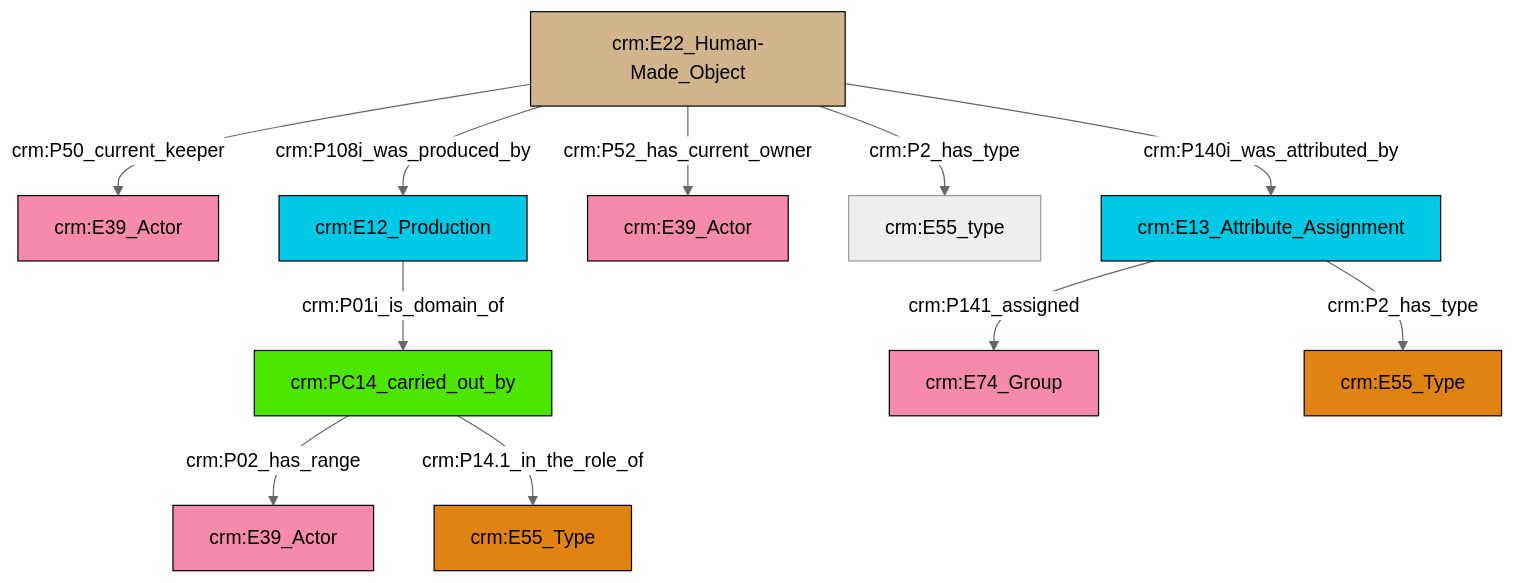
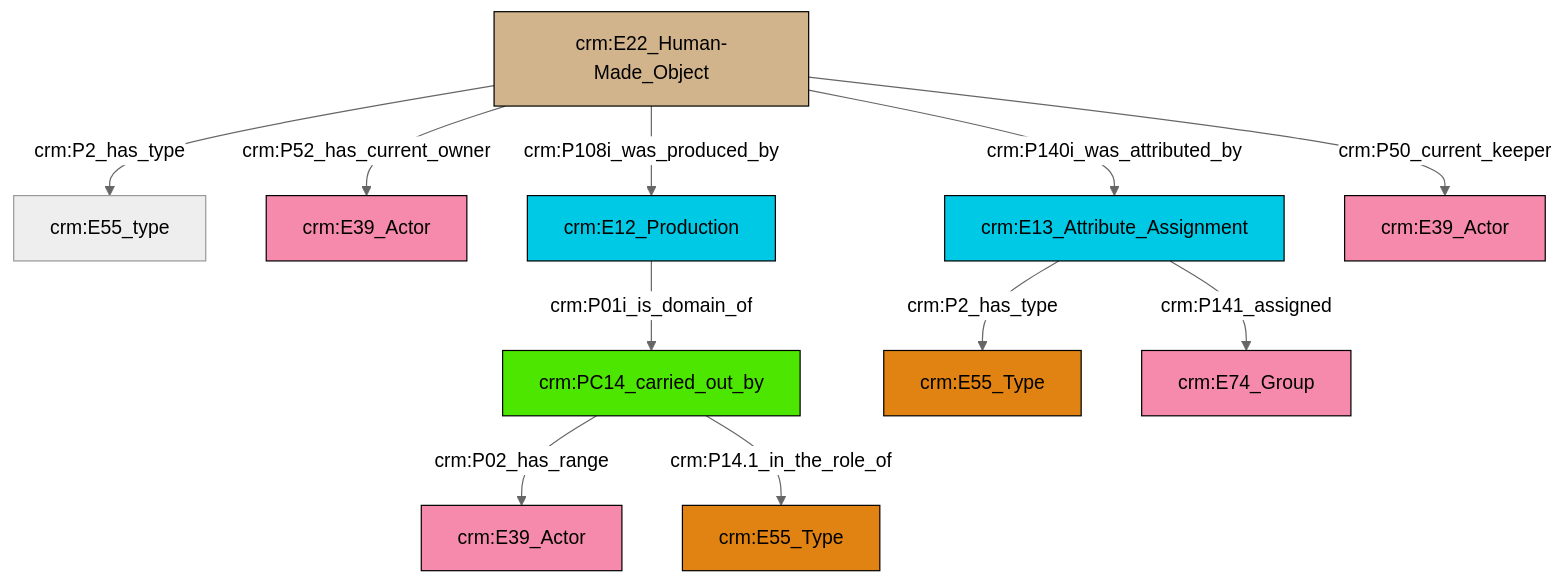
Before and after one commit to swiss-art-research-net/reference-data-models: the diagram in et/artworkCSV/ttl/mmd/Artwork_Actor_Relations.ttl.mmd, drawn with Mermaid (neutral theme). The commit also changed 128 other files, not shown here.

```diff
--- a/et/artworkCSV/ttl/mmd/Artwork_Actor_Relations.ttl.mmd
+++ b/et/artworkCSV/ttl/mmd/Artwork_Actor_Relations.ttl.mmd
@@ -1,25 +1,25 @@
 graph TD
 classDef Literal fill:#f2f2f2,stroke:#000000;
 classDef CRM_Entity fill:#FFFFFF,stroke:#000000;
 classDef Temporal_Entity fill:#00C9E6, stroke:#000000;
 classDef Type fill:#E18312, stroke:#000000;
 classDef Time-Span fill:#2C9C91, stroke:#000000;
 classDef Appellation fill:#FFEB7F, stroke:#000000;
 classDef Place fill:#008836, stroke:#000000;
 classDef Persistent_Item fill:#B266B2, stroke:#000000;
 classDef Conceptual_Object fill:#FFD700, stroke:#000000;
 classDef Physical_Thing fill:#D2B48C, stroke:#000000;
 classDef Actor fill:#f58aad, stroke:#000000;
 classDef PC_Classes fill:#4ce600, stroke:#000000;
 classDef Multi fill:#cccccc,stroke:#000000;
 
-0["crm:PC14_carried_out_by"]:::PC_Classes -->|crm:P02_has_range| 1["crm:E39_Actor"]:::Actor
-9["crm:E13_Attribute_Assignment"]:::Temporal_Entity -->|crm:P2_has_type| 7["crm:E55_Type"]:::Type
-0["crm:PC14_carried_out_by"]:::PC_Classes -->|crm:P14.1_in_the_role_of| 10["crm:E55_Type"]:::Type
-11["crm:E22_Human-Made_Object"]:::Physical_Thing -->|crm:P52_has_current_owner| 12["crm:E39_Actor"]:::Actor
-11["crm:E22_Human-Made_Object"]:::Physical_Thing -->|crm:P50_current_keeper| 5["crm:E39_Actor"]:::Actor
-9["crm:E13_Attribute_Assignment"]:::Temporal_Entity -->|crm:P141_assigned| 3["crm:E74_Group"]:::Actor
-11["crm:E22_Human-Made_Object"]:::Physical_Thing -->|crm:P2_has_type| 14["crm:E55_type"]:::Default
-11["crm:E22_Human-Made_Object"]:::Physical_Thing -->|crm:P108i_was_produced_by| 17["crm:E12_Production"]:::Temporal_Entity
-17["crm:E12_Production"]:::Temporal_Entity -->|crm:P01i_is_domain_of| 0["crm:PC14_carried_out_by"]:::PC_Classes
-11["crm:E22_Human-Made_Object"]:::Physical_Thing -->|crm:P140i_was_attributed_by| 9["crm:E13_Attribute_Assignment"]:::Temporal_Entity
+4["crm:PC14_carried_out_by"]:::PC_Classes -->|crm:P02_has_range| 0["crm:E39_Actor"]:::Actor
+7["crm:E22_Human-Made_Object"]:::Physical_Thing -->|crm:P2_has_type| 9["crm:E55_type"]:::Default
+11["crm:E13_Attribute_Assignment"]:::Temporal_Entity -->|crm:P2_has_type| 2["crm:E55_Type"]:::Type
+12["crm:E12_Production"]:::Temporal_Entity -->|crm:P01i_is_domain_of| 4["crm:PC14_carried_out_by"]:::PC_Classes
+7["crm:E22_Human-Made_Object"]:::Physical_Thing -->|crm:P52_has_current_owner| 5["crm:E39_Actor"]:::Actor
+11["crm:E13_Attribute_Assignment"]:::Temporal_Entity -->|crm:P141_assigned| 18["crm:E74_Group"]:::Actor
+4["crm:PC14_carried_out_by"]:::PC_Classes -->|crm:P14.1_in_the_role_of| 13["crm:E55_Type"]:::Type
+7["crm:E22_Human-Made_Object"]:::Physical_Thing -->|crm:P108i_was_produced_by| 12["crm:E12_Production"]:::Temporal_Entity
+7["crm:E22_Human-Made_Object"]:::Physical_Thing -->|crm:P140i_was_attributed_by| 11["crm:E13_Attribute_Assignment"]:::Temporal_Entity
+7["crm:E22_Human-Made_Object"]:::Physical_Thing -->|crm:P50_current_keeper| 15["crm:E39_Actor"]:::Actor
```
